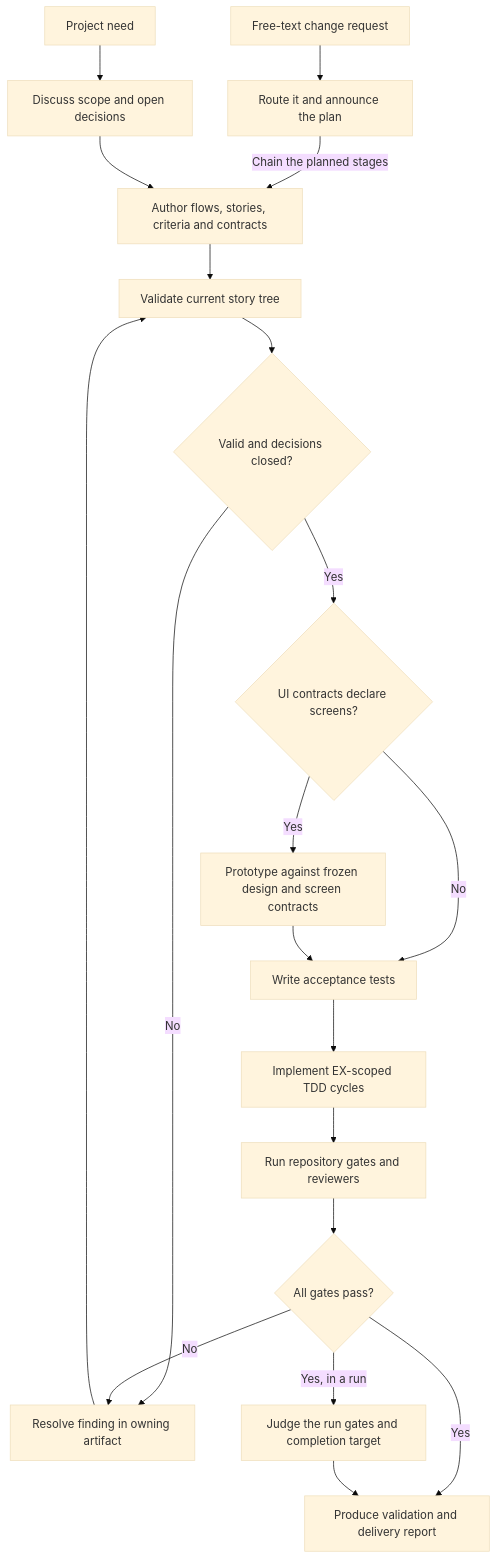
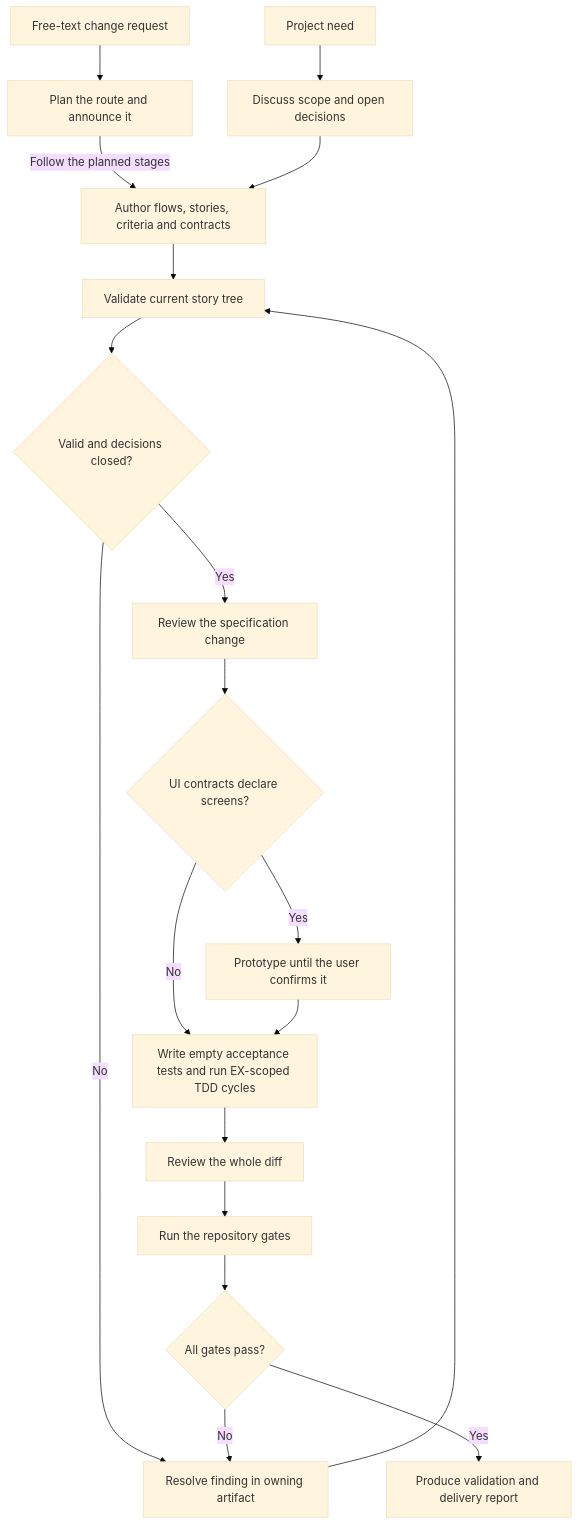
Before and after one commit to aganesy/QFAI: the diagram in .qfai/spec/02_business-flow/business-flow-0001/business-flow.md, drawn with Mermaid (base theme). The commit also changed other lines of this file and 359 other files, not shown here.

First line of the commit message:
docs(spec): rewrite the BF-0001 story tree and CLI contracts for the lighter workflow

````diff
--- a/.qfai/spec/02_business-flow/business-flow-0001/business-flow.md
+++ b/.qfai/spec/02_business-flow/business-flow-0001/business-flow.md
@@ -12,22 +12,21 @@
 ```mermaid
 flowchart TD
   Need[Project need] --> Discuss[Discuss scope and open decisions]
-  Request[Free-text change request] --> Route[Route it and announce the plan]
-  Route -->|Chain the planned stages| SDD
+  Request[Free-text change request] --> Route[Plan the route and announce it]
+  Route -->|Follow the planned stages| SDD
   Discuss --> SDD[Author flows, stories, criteria and contracts]
   SDD --> Validate[Validate current story tree]
   Validate --> Ready{Valid and decisions closed?}
   Ready -->|No| Repair[Resolve finding in owning artifact]
   Repair --> Validate
-  Ready -->|Yes| UI{UI contracts declare screens?}
-  UI -->|Yes| Prototype[Prototype against frozen design and screen contracts]
-  UI -->|No| ATDD[Write acceptance tests]
-  Prototype --> ATDD
-  ATDD --> Implement[Implement EX-scoped TDD cycles]
-  Implement --> Verify[Run repository gates and reviewers]
+  Ready -->|Yes| SpecReview[Review the specification change]
+  SpecReview --> UI{UI contracts declare screens?}
+  UI -->|Yes| Prototype[Prototype until the user confirms it]
+  UI -->|No| Implement[Write empty acceptance tests and run EX-scoped TDD cycles]
+  Prototype --> Implement
+  Implement --> CodeReview[Review the whole diff]
+  CodeReview --> Verify[Run the repository gates]
   Verify --> Gate{All gates pass?}
   Gate -->|No| Repair
   Gate -->|Yes| Report[Produce validation and delivery report]
-  Gate -->|Yes, in a run| Finish[Judge the run gates and completion target]
-  Finish --> Report
 ```
````
